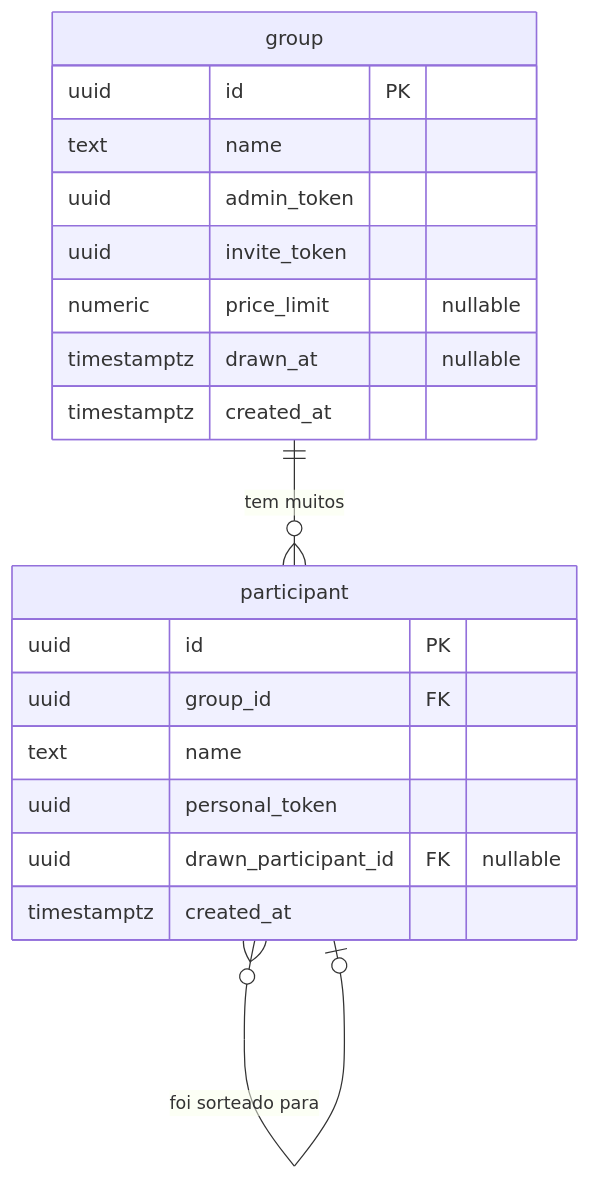
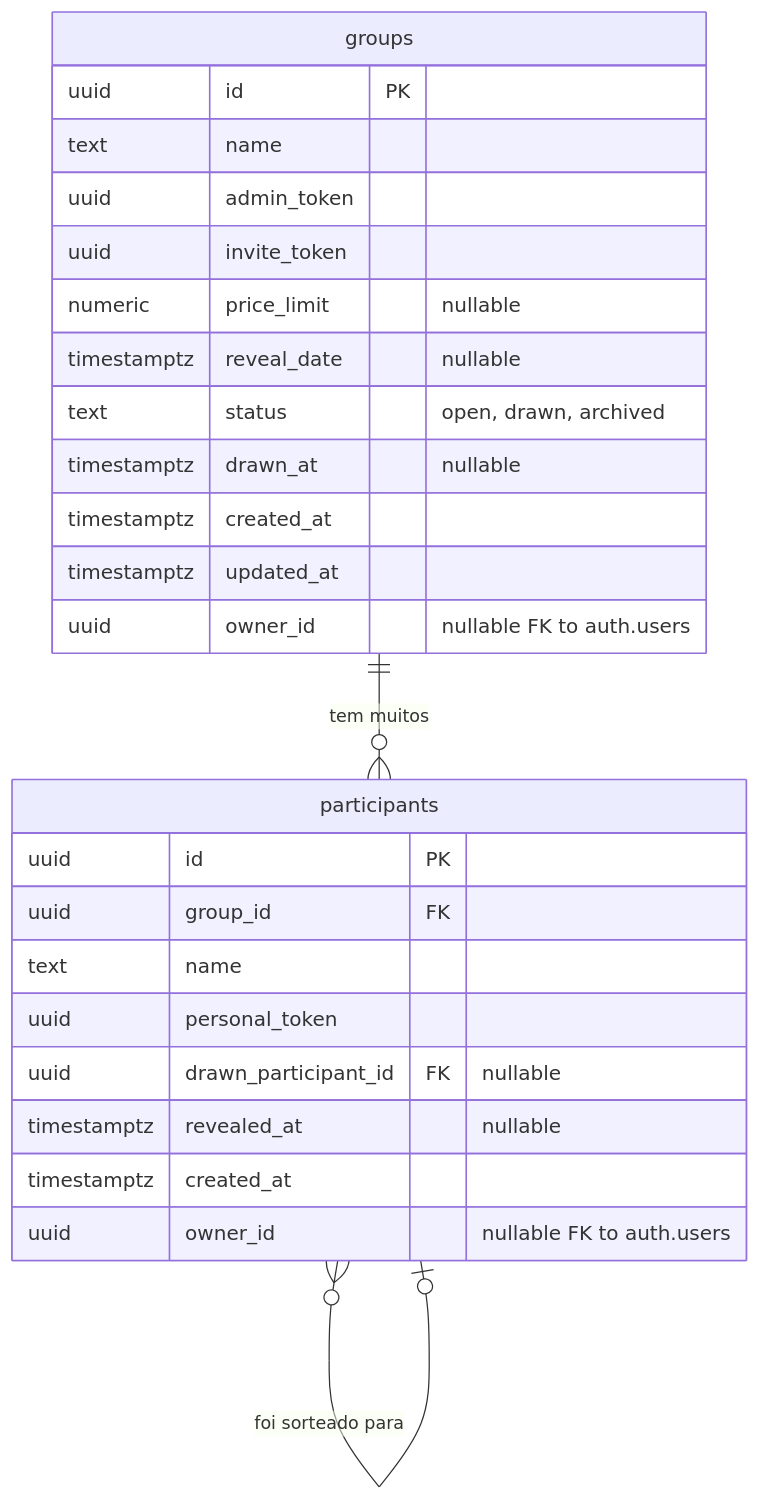
The diagram in docs/sdd.md (LorenzoHzK/amigo-secreto-ou-inimigo), drawn with Mermaid before and after one commit. The commit also changed other lines of this file, not shown here.

Commit message:
docs(sdd): update SDD to reflect current schemas, routing, and RLS

````diff
--- a/docs/sdd.md
+++ b/docs/sdd.md
@@ -54,24 +50,30 @@
 ```mermaid
 erDiagram
-    group {
+    groups {
         uuid id PK
         text name
         uuid admin_token
         uuid invite_token
         numeric price_limit "nullable"
+        timestamptz reveal_date "nullable"
+        text status "open, drawn, archived"
         timestamptz drawn_at "nullable"
         timestamptz created_at
+        timestamptz updated_at
+        uuid owner_id "nullable FK to auth.users"
     }
 
-    participant {
+    participants {
         uuid id PK
         uuid group_id FK
         text name
         uuid personal_token
         uuid drawn_participant_id FK "nullable"
+        timestamptz revealed_at "nullable"
         timestamptz created_at
+        uuid owner_id "nullable FK to auth.users"
     }
 
-    group ||--o{ participant : "tem muitos"
-    participant }o--o| participant : "foi sorteado para"
+    groups ||--o{ participants : "tem muitos"
+    participants }o--o| participants : "foi sorteado para"
 ```
````
